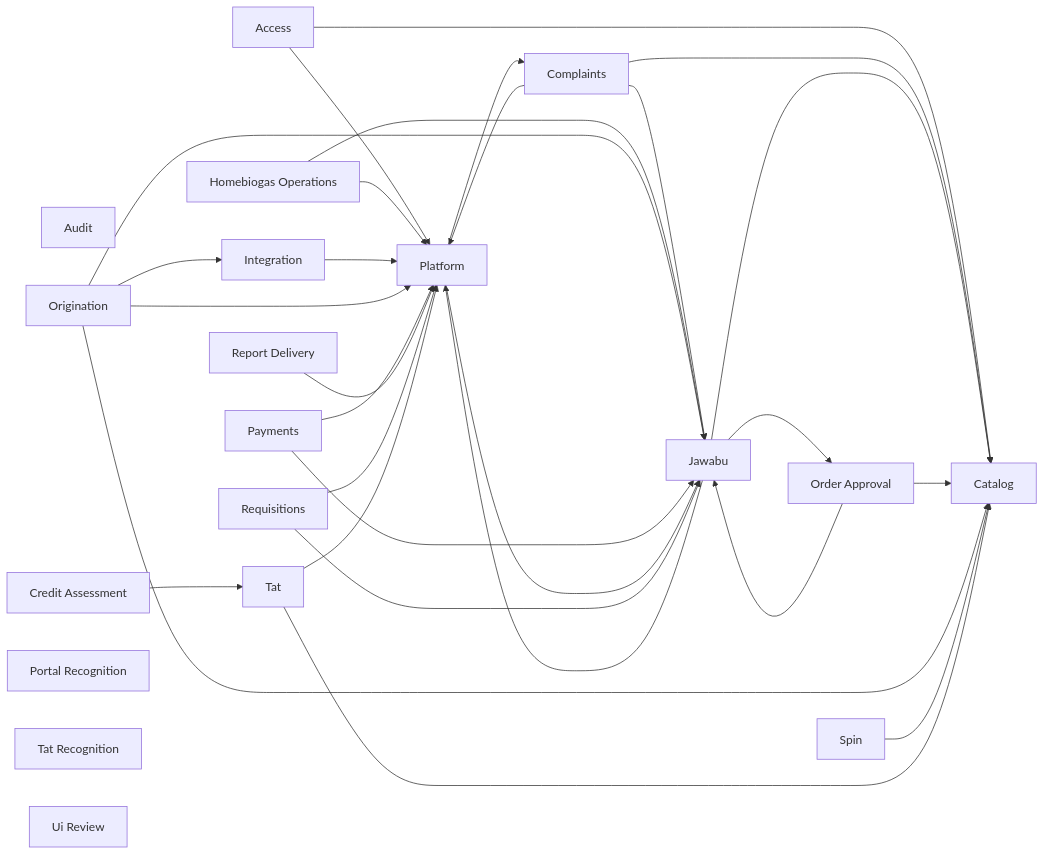
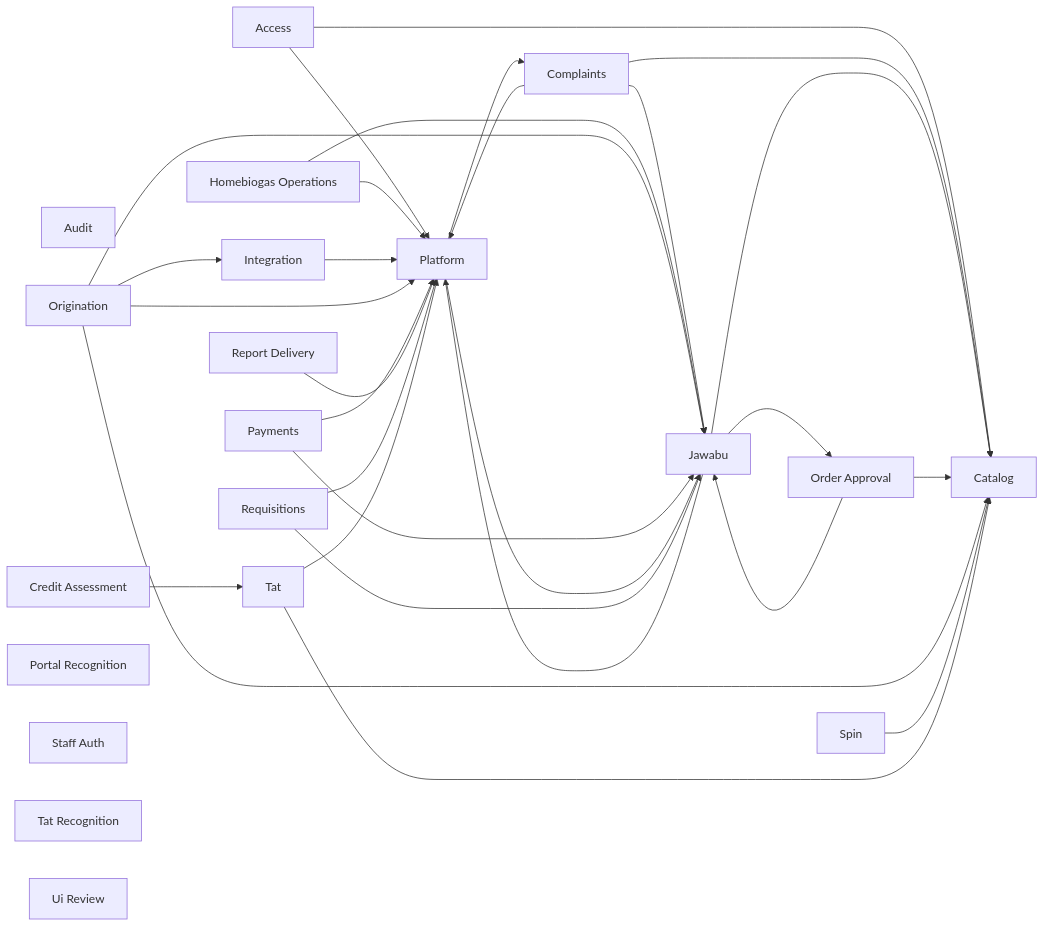
The diagram in docs/database/overview.mmd (bedanavrvm/HB-Biogas-Telegram-Bot), drawn with Mermaid before and after one commit. The commit also changed 30 other files, not shown here.

```diff
--- a/docs/database/overview.mmd
+++ b/docs/database/overview.mmd
@@ -1,48 +1,49 @@
 flowchart LR
   access["Access"]
   audit["Audit"]
   catalog["Catalog"]
   complaints["Complaints"]
   credit_assessment["Credit Assessment"]
   homebiogas_operations["Homebiogas Operations"]
   integration["Integration"]
   jawabu["Jawabu"]
   order_approval["Order Approval"]
   origination["Origination"]
   payments["Payments"]
   platform["Platform"]
   portal_recognition["Portal Recognition"]
   report_delivery["Report Delivery"]
   requisitions["Requisitions"]
   spin["Spin"]
+  staff_auth["Staff Auth"]
   tat["Tat"]
   tat_recognition["Tat Recognition"]
   ui_review["Ui Review"]
   access --> catalog
   access --> platform
   complaints --> catalog
   complaints --> jawabu
   complaints --> platform
   credit_assessment --> tat
   homebiogas_operations --> jawabu
   homebiogas_operations --> platform
   integration --> platform
   jawabu --> catalog
   jawabu --> order_approval
   jawabu --> platform
   order_approval --> catalog
   order_approval --> jawabu
   origination --> catalog
   origination --> integration
   origination --> jawabu
   origination --> platform
   payments --> jawabu
   payments --> platform
   platform --> complaints
   platform --> jawabu
   report_delivery --> platform
   requisitions --> jawabu
   requisitions --> platform
   spin --> catalog
   tat --> catalog
   tat --> platform
```
